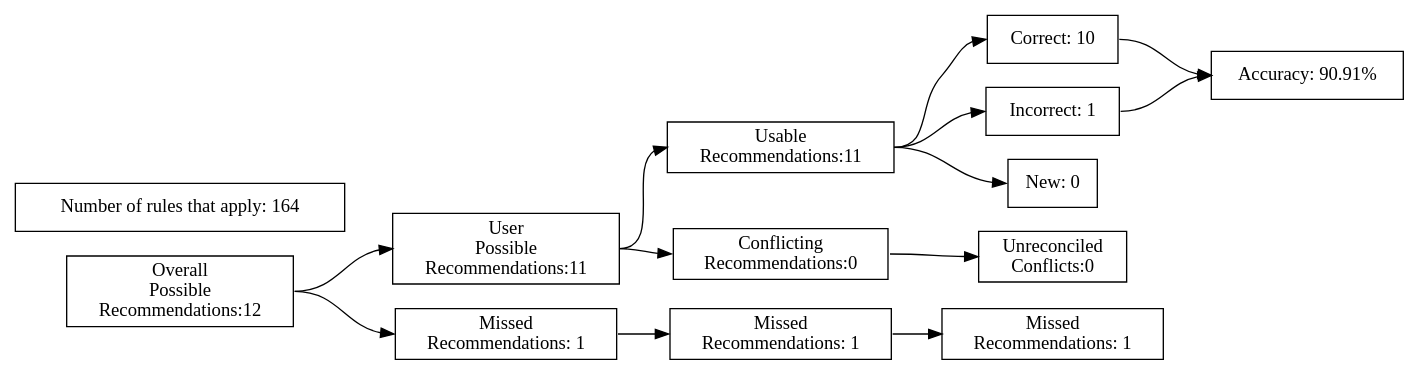
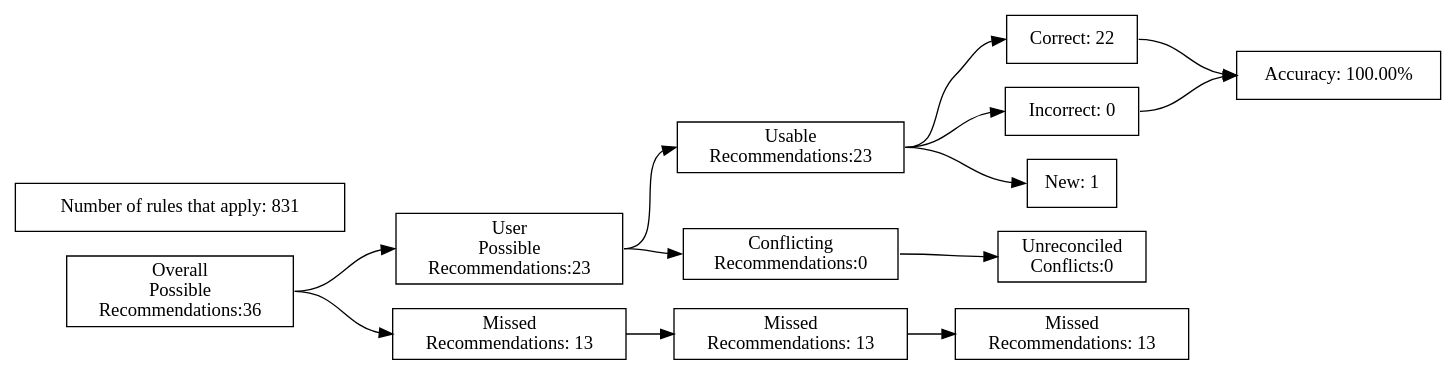
Before and after one commit to ZaxR/ibd_diet_analysis: the diagram in test_renders/24.gv, drawn with Graphviz. The commit also changed 229 other files, not shown here.

```diff
--- a/test_renders/24.gv
+++ b/test_renders/24.gv
@@ -1,40 +1,40 @@
 digraph {
 	graph [rankdir=LR]
 	node [pos=r shape=box]
 	edge [headport=w tailport=e]
 		A [label="Overall
 Possible
-Recommendations:12"]
+Recommendations:36"]
 		B [label="User
 Possible
-Recommendations:11"]
+Recommendations:23"]
 		C [label="Missed
-Recommendations: 1"]
+Recommendations: 13"]
 		D [label="Usable
-Recommendations:11"]
+Recommendations:23"]
 		E [label="Conflicting
 Recommendations:0"]
 		J [label="Missed
-Recommendations: 1"]
+Recommendations: 13"]
 		M [label="Unreconciled
 Conflicts:0"]
-		F [label="Correct: 10"]
-		G [label="Incorrect: 1"]
-		H [label="New: 0"]
+		F [label="Correct: 22"]
+		G [label="Incorrect: 0"]
+		H [label="New: 1"]
 		K [label="Missed
-Recommendations: 1"]
-		I [label="Accuracy: 90.91%"]
-		l [label="Number of rules that apply: 164"]
+Recommendations: 13"]
+		I [label="Accuracy: 100.00%"]
+		l [label="Number of rules that apply: 831"]
 			A -> B
 			A -> C
 			B -> D
 			B -> E
 			D -> F
 			D -> G
 			D -> H
 			F -> I
 			G -> I
 			C -> J
 			J -> K
 			E -> M
 }
```
